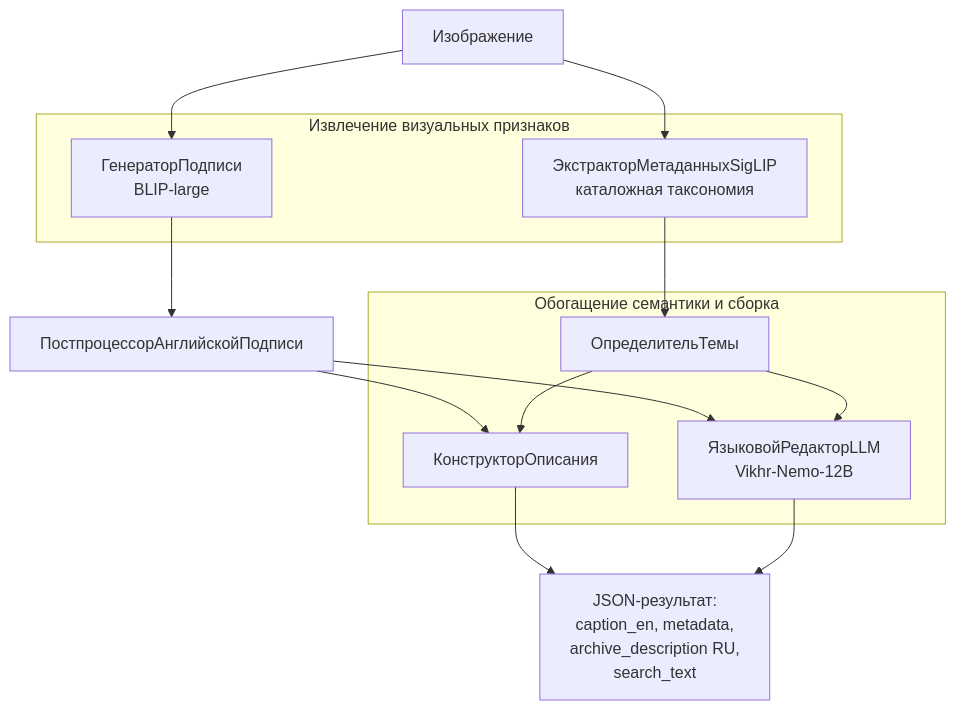
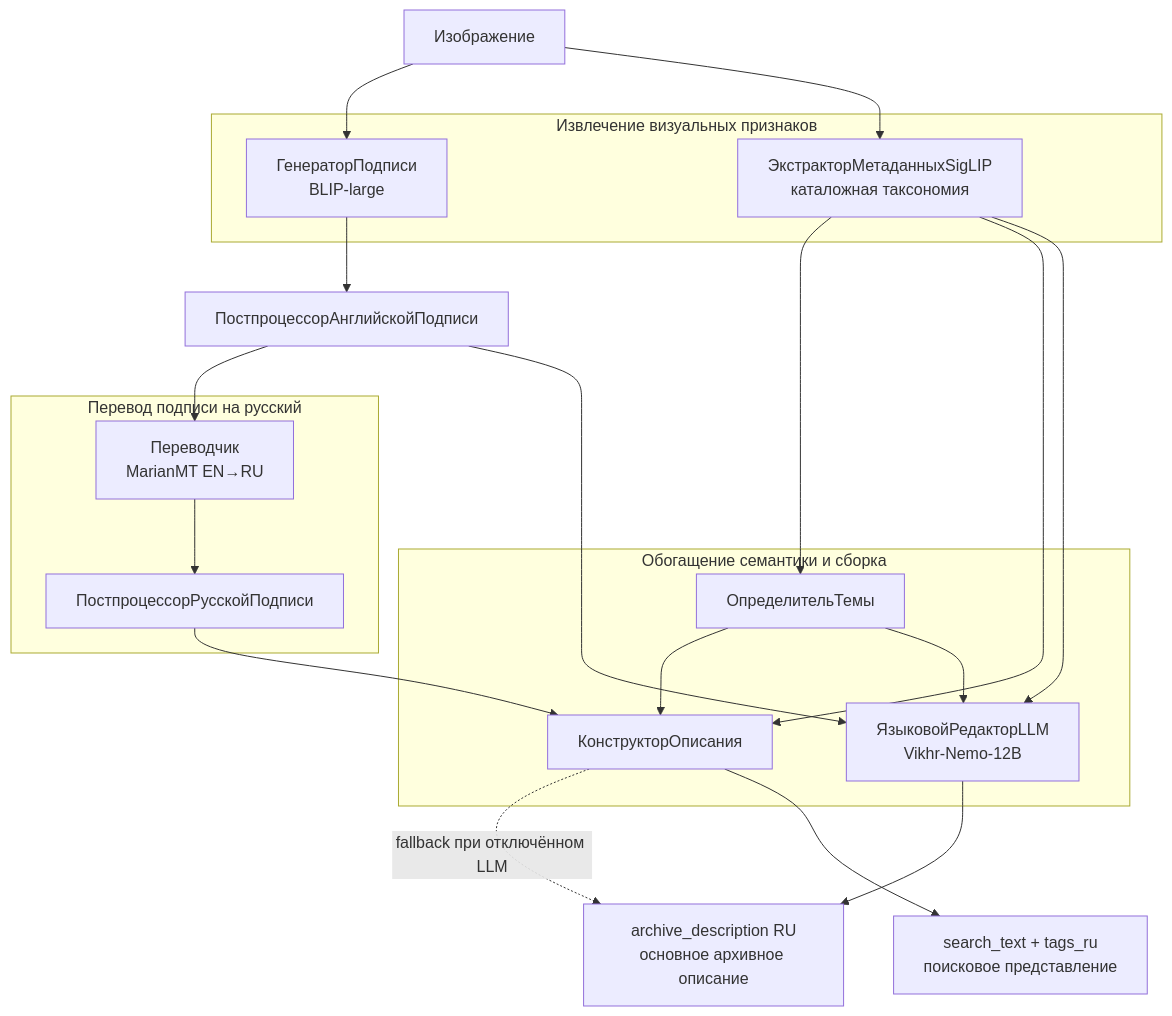
Before and after one commit to azat-khatyn/tsu-image-description: the diagram in README.md, drawn with Mermaid.

Commit message:
updated graph

````diff
--- a/README.md
+++ b/README.md
@@ -31,28 +31,40 @@
 ```mermaid
 flowchart TD
     IMG[Изображение]
 
     subgraph CV [Извлечение визуальных признаков]
         BLIP[ГенераторПодписи<br/>BLIP-large]
         SigLIP[ЭкстракторМетаданныхSigLIP<br/>каталожная таксономия]
     end
 
     ENPP[ПостпроцессорАнглийскойПодписи]
 
+    subgraph TXT [Перевод подписи на русский]
+        TR[Переводчик<br/>MarianMT EN→RU]
+        TXPP[ПостпроцессорРусскойПодписи]
+    end
+
     subgraph SEM [Обогащение семантики и сборка]
         THEME[ОпределительТемы]
-        BUILD[КонструкторОписания<br/>]
+        BUILD[КонструкторОписания]
         LLM[ЯзыковойРедакторLLM<br/>Vikhr-Nemo-12B]
     end
 
-    OUT[JSON-результат:<br/>caption_en, metadata,<br/>archive_description RU,<br/>search_text]
+    OUT_DESC[archive_description RU<br/>основное архивное описание]
+    OUT_AUX[search_text + tags_ru<br/>поисковое представление]
 
-    IMG --> BLIP --> ENPP
-    IMG --> SigLIP --> THEME
-    ENPP --> BUILD
+    IMG --> BLIP --> ENPP --> TR --> TXPP
+    IMG --> SigLIP
+
+    SigLIP --> THEME
+    SigLIP --> BUILD
+    SigLIP --> LLM
+    TXPP --> BUILD
     THEME --> BUILD
     ENPP --> LLM
     THEME --> LLM
-    BUILD --> OUT
-    LLM --> OUT
+
+    LLM --> OUT_DESC
+    BUILD -.->|fallback при отключённом LLM| OUT_DESC
+    BUILD --> OUT_AUX
 ```
````
